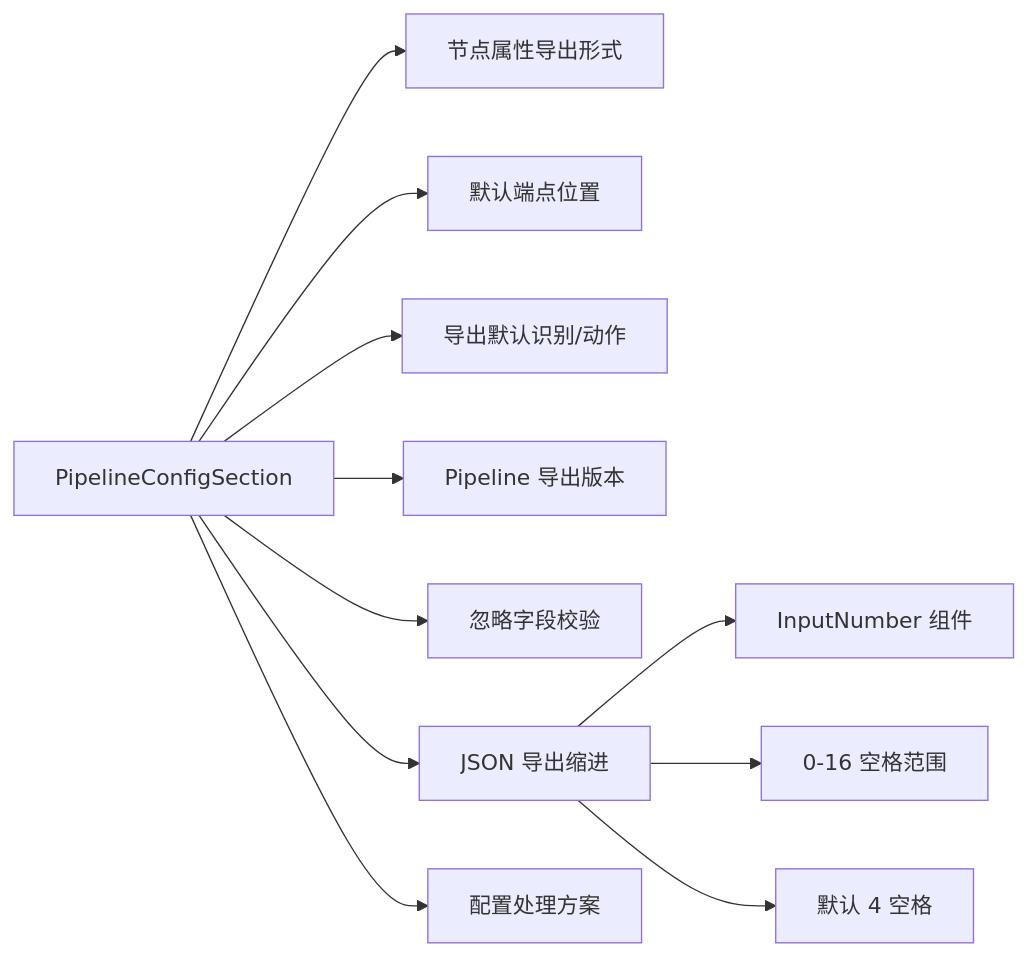
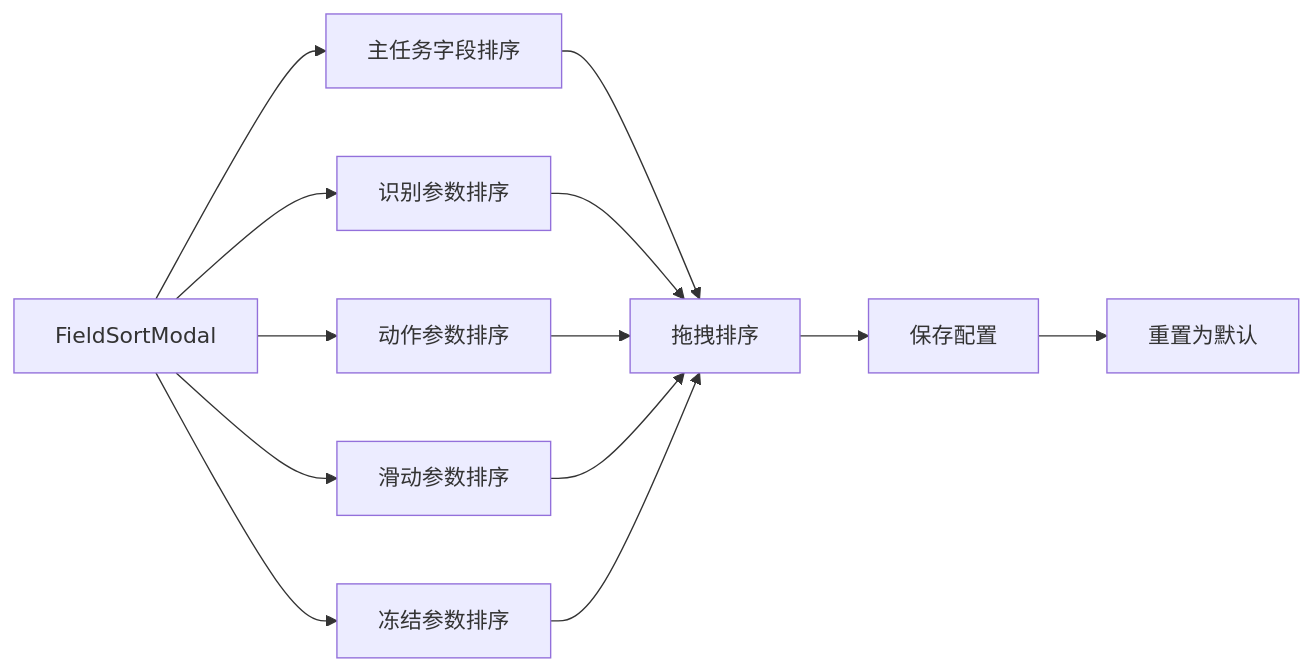
Before and after one commit to kqcoxn/MaaPipelineEditor: the seventh of 17 diagrams in .qoder/repowiki/zh/content/Config Store.md, drawn with Mermaid. The commit also changed other lines of this file and 22 other files, not shown here.

````diff
--- a/.qoder/repowiki/zh/content/Config Store.md
+++ b/.qoder/repowiki/zh/content/Config Store.md
@@ -270,13 +351,15 @@
 ```mermaid
 graph LR
-A[PipelineConfigSection] --> B[节点属性导出形式]
-A --> C[默认端点位置]
-A --> D[导出默认识别/动作]
-A --> E[Pipeline 导出版本]
-A --> F[忽略字段校验]
-A --> G[JSON 导出缩进]
-A --> H[配置处理方案]
-G --> I[InputNumber 组件]
-G --> J[0-16 空格范围]
-G --> K[默认 4 空格]
+A[FieldSortModal] --> B[主任务字段排序]
+A --> C[识别参数排序]
+A --> D[动作参数排序]
+A --> E[滑动参数排序]
+A --> F[冻结参数排序]
+B --> G[拖拽排序]
+C --> G
+D --> G
+E --> G
+F --> G
+G --> H[保存配置]
+H --> I[重置为默认]
 ```
````
